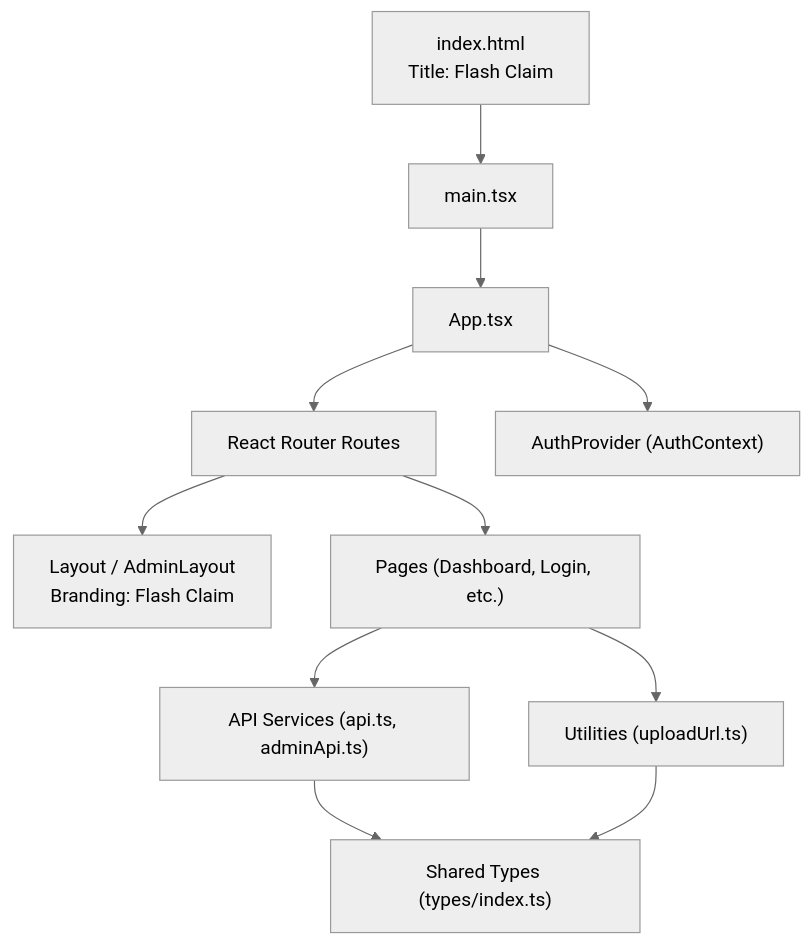
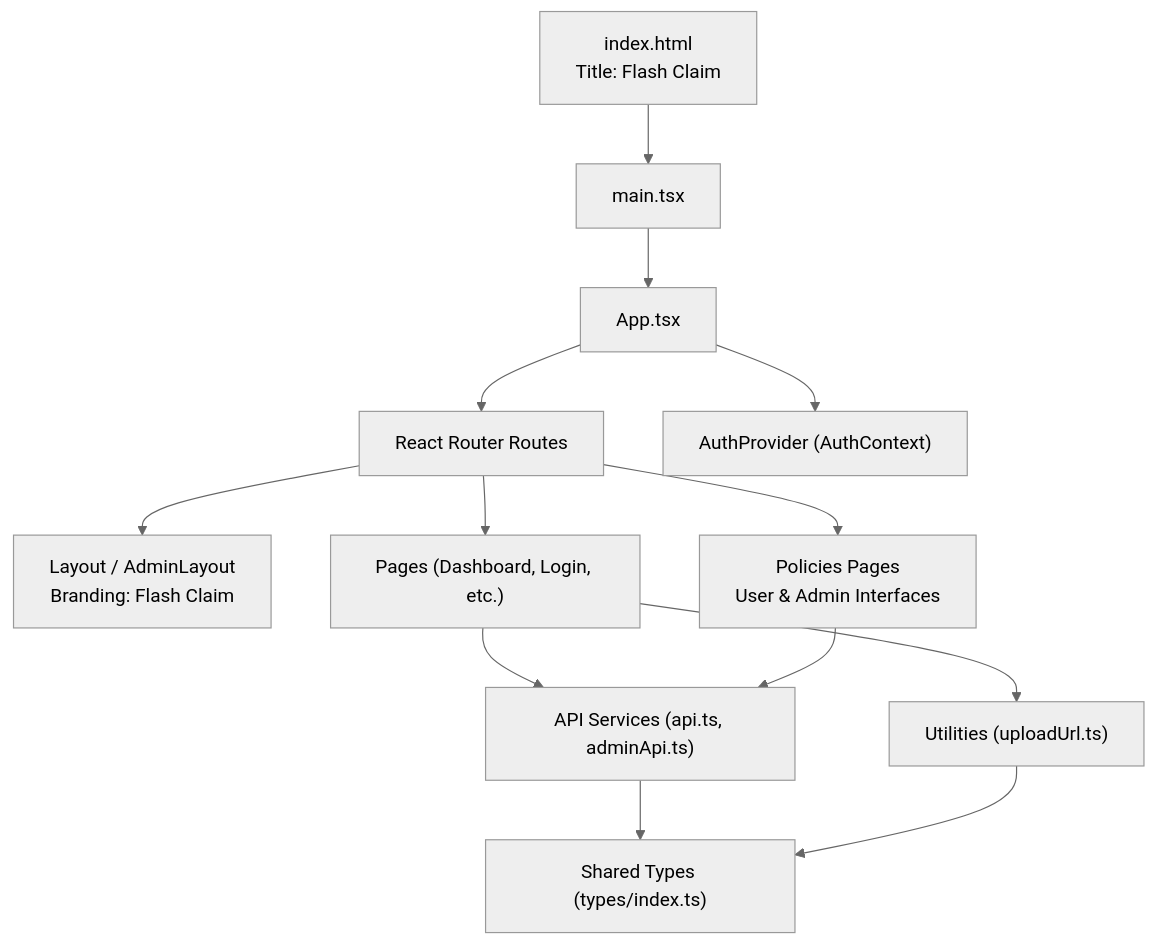
One commit to NaveenHiranya/Smart-Vehicle-Insurance-Claim-System changed the first of 13 diagrams in .qoder/repowiki/en/content/Frontend Documentation/Frontend Documentation.md. Above: the diagram before and after it, drawn with Mermaid (neutral theme). The commit also changed other lines of this file and 38 other files, not shown here.

````diff
--- a/.qoder/repowiki/en/content/Frontend Documentation/Frontend Documentation.md
+++ b/.qoder/repowiki/en/content/Frontend Documentation/Frontend Documentation.md
@@ -56,13 +59,15 @@
 ```mermaid
 graph TB
 HTML["index.html<br/>Title: Flash Claim"] --> MAIN["main.tsx"]
 MAIN --> APP["App.tsx"]
 APP --> ROUTER["React Router Routes"]
 APP --> AUTH["AuthProvider (AuthContext)"]
 ROUTER --> LAYOUTS["Layout / AdminLayout<br/>Branding: Flash Claim"]
 ROUTER --> PAGES["Pages (Dashboard, Login, etc.)"]
+ROUTER --> POLICIES["Policies Pages<br/>User & Admin Interfaces"]
 PAGES --> SERVICES["API Services (api.ts, adminApi.ts)"]
 PAGES --> UTILS["Utilities (uploadUrl.ts)"]
 SERVICES --> TYPES["Shared Types (types/index.ts)"]
 UTILS --> TYPES
+POLICIES --> SERVICES
 ```
````
